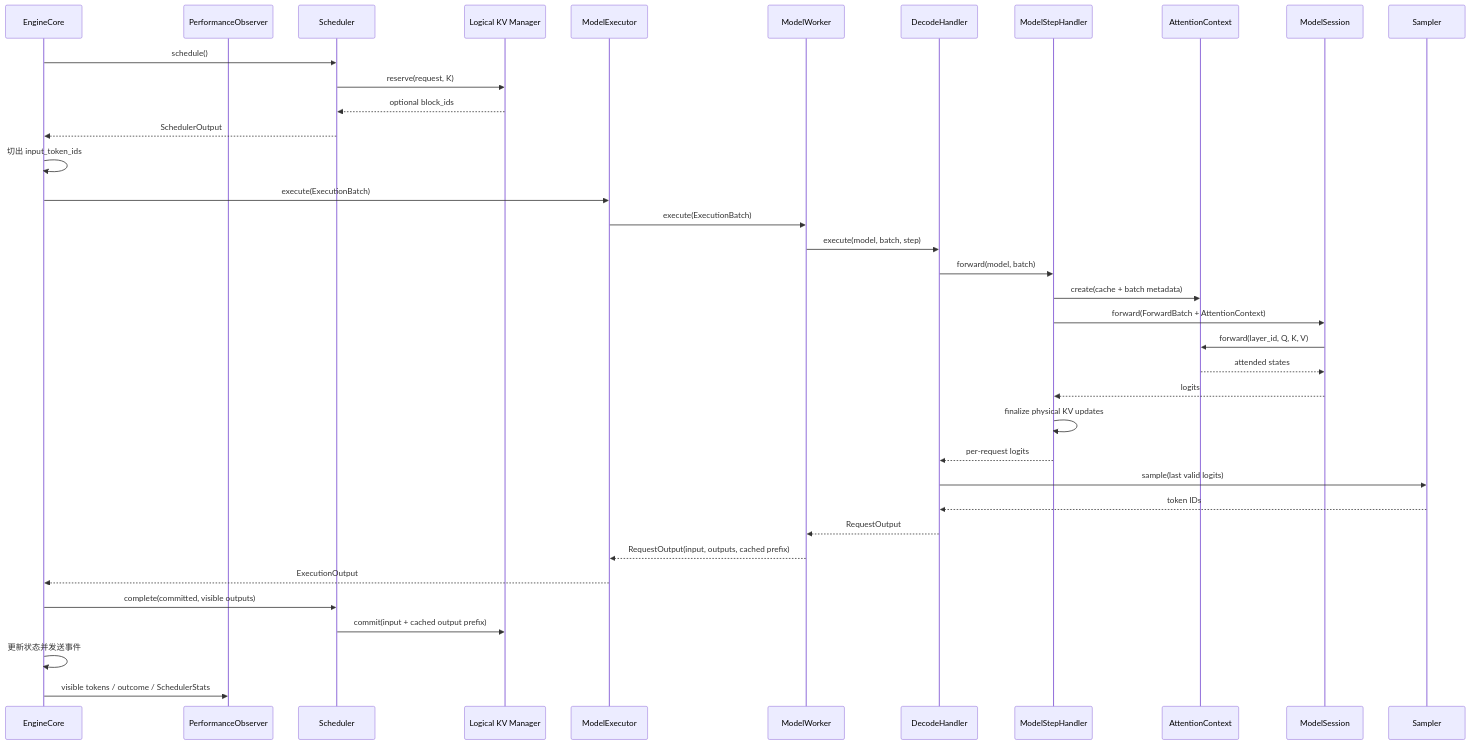
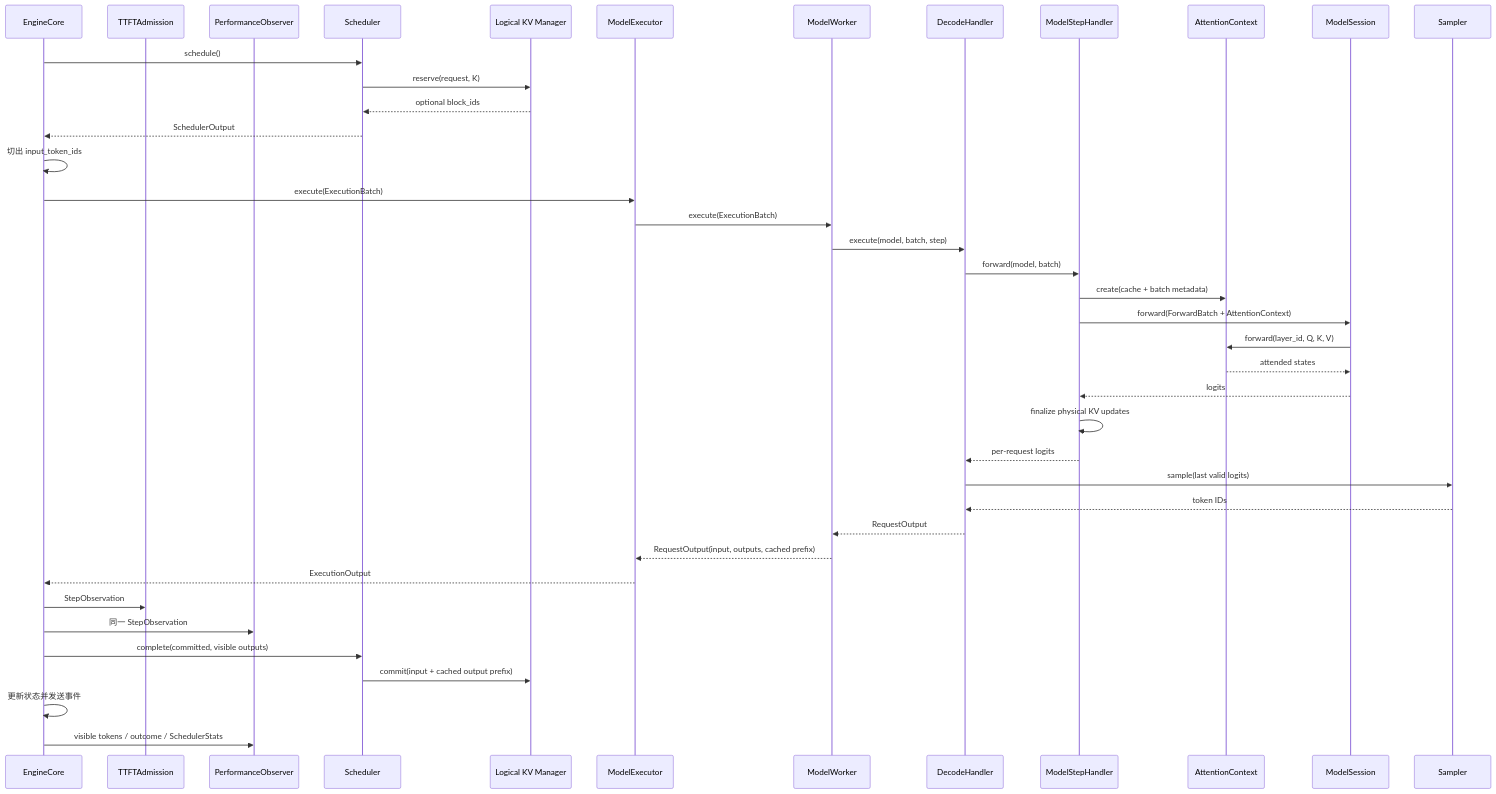
One commit to poorpaper/light-vllm changed the second of 3 diagrams in docs/design.md. Above: the diagram before and after it, drawn with Mermaid. The commit also changed other lines of this file and 3 other files, not shown here.

````diff
--- a/docs/design.md
+++ b/docs/design.md
@@ -140,40 +145,43 @@
 ```mermaid
 sequenceDiagram
     participant E as EngineCore
+    participant T as TTFTAdmission
     participant O as PerformanceObserver
     participant S as Scheduler
     participant K as Logical KV Manager
     participant X as ModelExecutor
     participant W as ModelWorker
     participant D as DecodeHandler
     participant H as ModelStepHandler
     participant A as AttentionContext
     participant M as ModelSession
     participant P as Sampler
 
     E->>S: schedule()
     S->>K: reserve(request, K)
     K-->>S: optional block_ids
     S-->>E: SchedulerOutput
     E->>E: 切出 input_token_ids
     E->>X: execute(ExecutionBatch)
     X->>W: execute(ExecutionBatch)
     W->>D: execute(model, batch, step)
     D->>H: forward(model, batch)
     H->>A: create(cache + batch metadata)
     H->>M: forward(ForwardBatch + AttentionContext)
     M->>A: forward(layer_id, Q, K, V)
     A-->>M: attended states
     M-->>H: logits
     H->>H: finalize physical KV updates
     H-->>D: per-request logits
     D->>P: sample(last valid logits)
     P-->>D: token IDs
     D-->>W: RequestOutput
     W-->>X: RequestOutput(input, outputs, cached prefix)
     X-->>E: ExecutionOutput
+    E->>T: StepObservation
+    E->>O: 同一 StepObservation
     E->>S: complete(committed, visible outputs)
     S->>K: commit(input + cached output prefix)
     E->>E: 更新状态并发送事件
     E->>O: visible tokens / outcome / SchedulerStats
 ```
````
